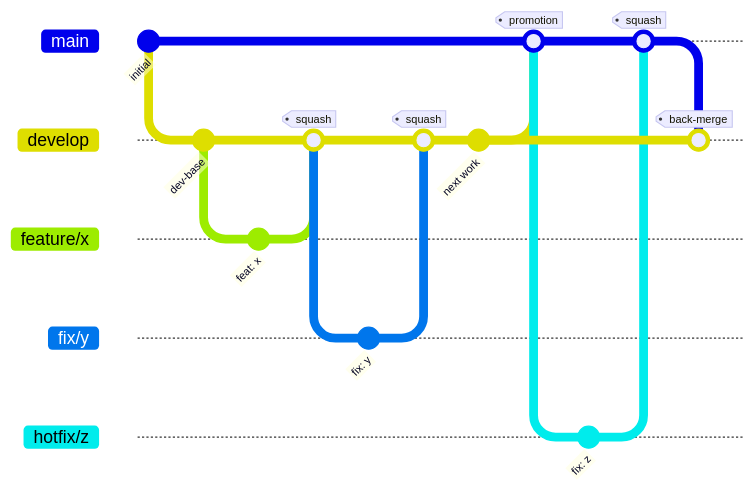
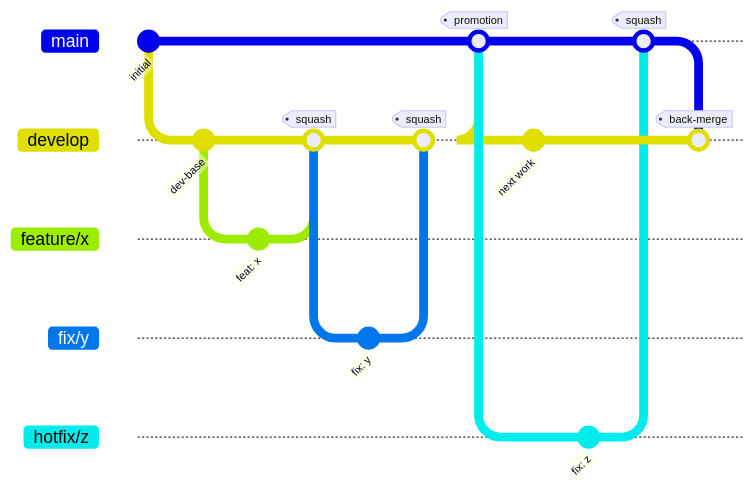
Before and after one commit to KalaimaranB/BioPro: the first of 2 diagrams in docs/internal/23_Git_Branching_Engine.md, drawn with Mermaid. The commit also changed other lines of this file and 4 other files, not shown here.

````diff
--- a/docs/internal/23_Git_Branching_Engine.md
+++ b/docs/internal/23_Git_Branching_Engine.md
@@ -14,27 +15,30 @@
 ```mermaid
 gitGraph
    commit id: "initial"
    branch develop
    checkout develop
    commit id: "dev-base"
    branch feature/x
    checkout feature/x
    commit id: "feat: x"
    checkout develop
    merge feature/x tag: "squash"
    branch fix/y
    checkout fix/y
    commit id: "fix: y"
    checkout develop
    merge fix/y tag: "squash"
    commit id: "next work"
    checkout main
    merge develop tag: "promotion"
+   checkout develop
+   commit id: "next work"
+   checkout main
    branch hotfix/z
    checkout hotfix/z
    commit id: "fix: z"
    checkout main
    merge hotfix/z tag: "squash"
    checkout develop
    merge main tag: "back-merge"
 ```
````
